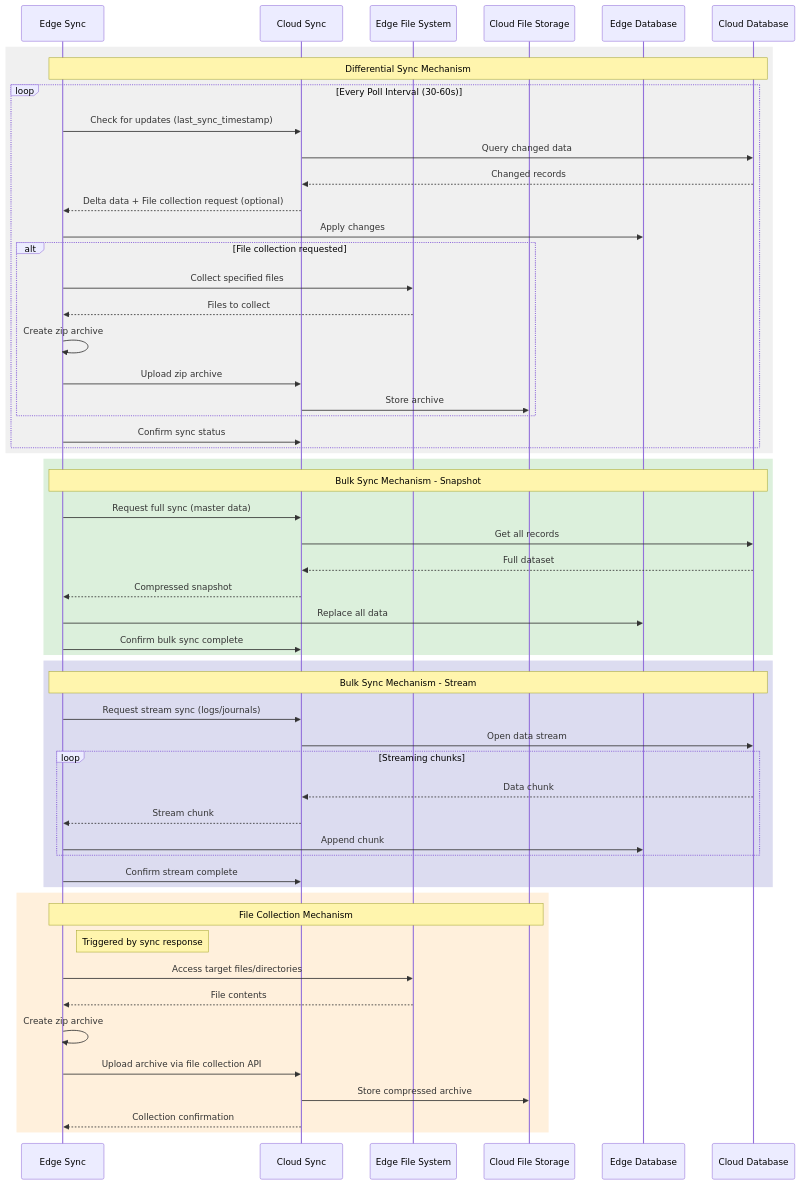
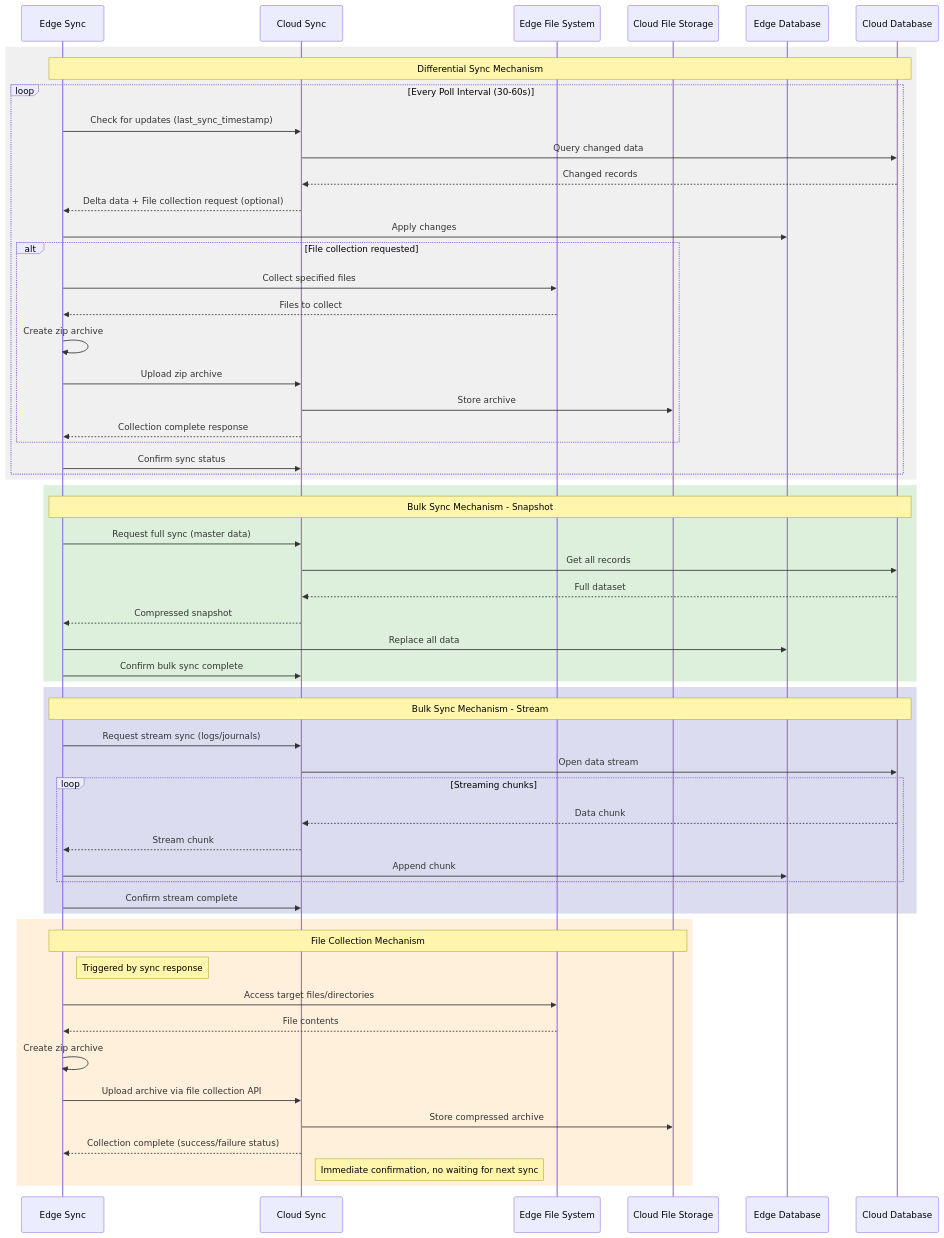
Before and after one commit to gaocuiping/kugelpos-stpos-docs-new: the diagram in notes/1-sync/architecture/3-sync-mechanisms.md, drawn with Mermaid. The commit also changed other lines of this file and 2 other files, not shown here.

Commit message:
docs: Update sync service documentation with recent specification changes
- Add terminal data bidirectional sync to scope
- Remove unnecessary file collection completion notification step
- Add scheduled reflection update timing (S: Settlement, T: Transaction)
- Add scheduled reflection update type (A: All, M: Modified)
- Fix mermaid diagram syntax errors (br tags and arrows)
- Update API specs to reflect immediate collection status response

🤖 Generated with [Claude Code](https://claude.ai/code)

````diff
--- a/notes/1-sync/architecture/3-sync-mechanisms.md
+++ b/notes/1-sync/architecture/3-sync-mechanisms.md
@@ -80,63 +79,65 @@
 ```mermaid
 sequenceDiagram
     participant ES as Edge Sync
     participant CS as Cloud Sync
     participant EFS as Edge File System
     participant CFS as Cloud File Storage
     participant ED as Edge Database
     participant CD as Cloud Database
     
     rect rgb(240, 240, 240)
         Note over ES,CD: Differential Sync Mechanism
         loop Every Poll Interval (30-60s)
             ES->>CS: Check for updates (last_sync_timestamp)
             CS->>CD: Query changed data
             CD-->>CS: Changed records
             CS-->>ES: Delta data + File collection request (optional)
             ES->>ED: Apply changes
             
             alt File collection requested
                 ES->>EFS: Collect specified files
                 EFS-->>ES: Files to collect
                 ES->>ES: Create zip archive
                 ES->>CS: Upload zip archive
                 CS->>CFS: Store archive
+                CS-->>ES: Collection complete response
             end
-            
+
             ES->>CS: Confirm sync status
         end
     end
     
     rect rgb(220, 240, 220)
         Note over ES,CD: Bulk Sync Mechanism - Snapshot
         ES->>CS: Request full sync (master data)
         CS->>CD: Get all records
         CD-->>CS: Full dataset
         CS-->>ES: Compressed snapshot
         ES->>ED: Replace all data
         ES->>CS: Confirm bulk sync complete
     end
     
     rect rgb(220, 220, 240)
         Note over ES,CD: Bulk Sync Mechanism - Stream
         ES->>CS: Request stream sync (logs/journals)
         CS->>CD: Open data stream
         loop Streaming chunks
             CD-->>CS: Data chunk
             CS-->>ES: Stream chunk
             ES->>ED: Append chunk
         end
         ES->>CS: Confirm stream complete
     end
     
     rect rgb(255, 240, 220)
         Note over ES,CFS: File Collection Mechanism
         Note right of ES: Triggered by sync response
         ES->>EFS: Access target files/directories
         EFS-->>ES: File contents
         ES->>ES: Create zip archive
         ES->>CS: Upload archive via file collection API
         CS->>CFS: Store compressed archive
-        CS-->>ES: Collection confirmation
+        CS-->>ES: Collection complete (success/failure status)
+        Note right of CS: Immediate confirmation, no waiting for next sync
     end
 ```
````
